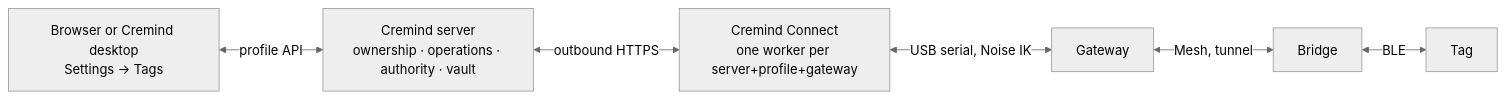
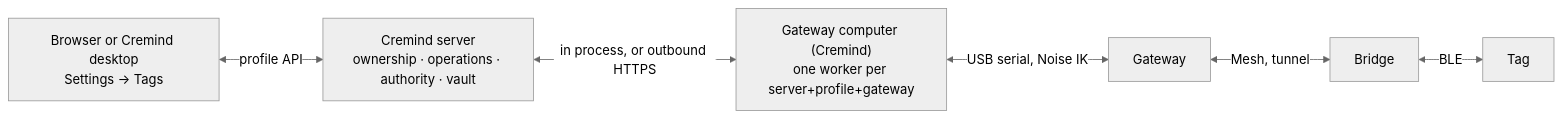
Before and after one commit to cremind-ai/cremind-tag: the diagram in docs/connect-setup.md, drawn with Mermaid (neutral theme). The commit also changed other lines of this file and 27 other files, not shown here.

````diff
--- a/docs/connect-setup.md
+++ b/docs/connect-setup.md
@@ -16,8 +25,8 @@
 ```mermaid
 flowchart LR
     UI["Browser or Cremind desktop<br/>Settings → Tags"] <-->|profile API| S["Cremind server<br/>ownership · operations · authority · vault"]
-    S <-->|outbound HTTPS| H["Cremind Connect<br/>one worker per server+profile+gateway"]
+    S <-->|in process, or outbound HTTPS| H["Gateway computer (Cremind)<br/>one worker per server+profile+gateway"]
     H <-->|USB serial, Noise IK| G["Gateway"]
     G <-->|Mesh, tunnel| B["Bridge"]
     B <-->|BLE| T["Tag"]
 ```
````
